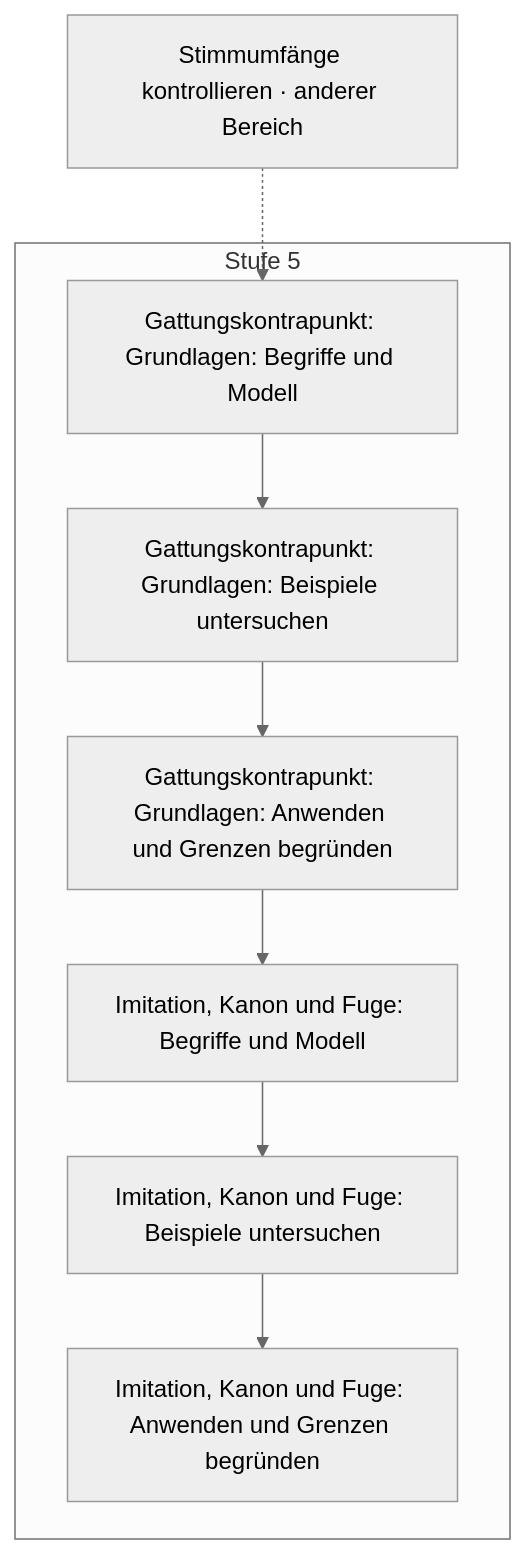
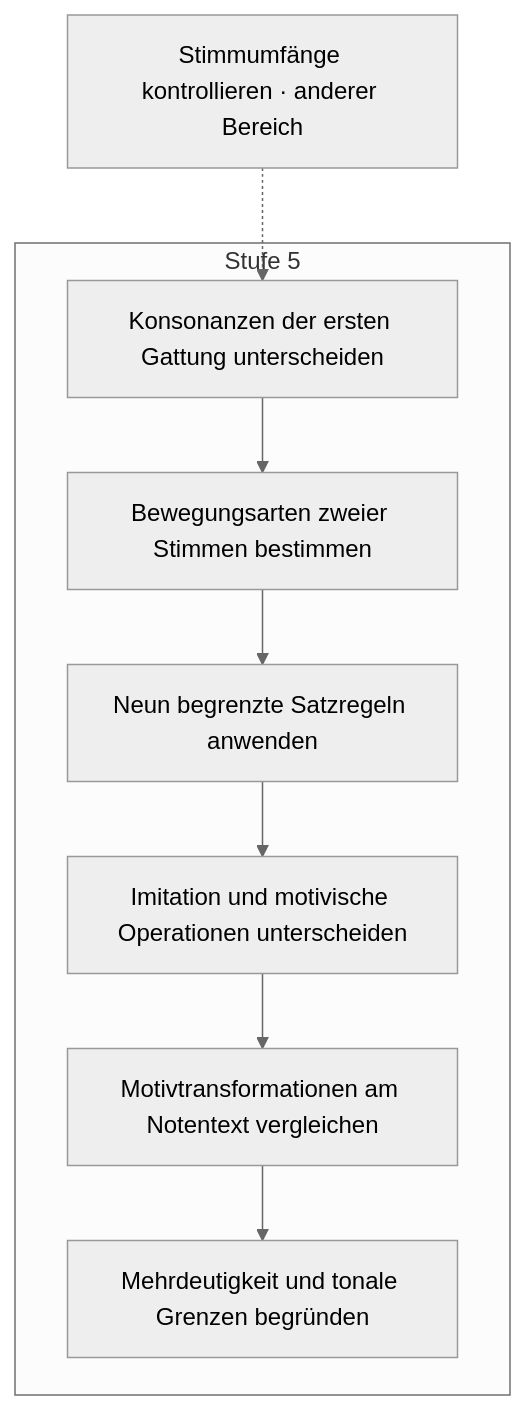
Before and after one commit to PhiFa96/harmonia: diagram 17 of 19 in docs/plan/faehigkeitsgraph-diagramme.md, drawn with Mermaid (neutral theme). The commit also changed other lines of this file and 41 other files, not shown here.

````diff
--- a/docs/plan/faehigkeitsgraph-diagramme.md
+++ b/docs/plan/faehigkeitsgraph-diagramme.md
@@ -1175,18 +1175,18 @@
 ```mermaid
 flowchart TD
   subgraph level5["Stufe 5"]
-    s175["Gattungskontrapunkt: Grundlagen: Begriffe und Modell"]
-    s176["Gattungskontrapunkt: Grundlagen: Beispiele untersuchen"]
-    s177["Gattungskontrapunkt: Grundlagen: Anwenden und Grenzen begründen"]
-    s178["Imitation, Kanon und Fuge: Begriffe und Modell"]
-    s179["Imitation, Kanon und Fuge: Beispiele untersuchen"]
-    s180["Imitation, Kanon und Fuge: Anwenden und Grenzen begründen"]
+    s175["Konsonanzen der ersten Gattung unterscheiden"]
+    s176["Bewegungsarten zweier Stimmen bestimmen"]
+    s177["Neun begrenzte Satzregeln anwenden"]
+    s178["Imitation und motivische Operationen unterscheiden"]
+    s179["Motivtransformationen am Notentext vergleichen"]
+    s180["Mehrdeutigkeit und tonale Grenzen begründen"]
   end
   s140["Stimmumfänge kontrollieren · anderer Bereich"]
   s140 -.-> s175
   s175 --> s176
   s176 --> s177
   s177 --> s178
   s178 --> s179
   s179 --> s180
 ```
````
